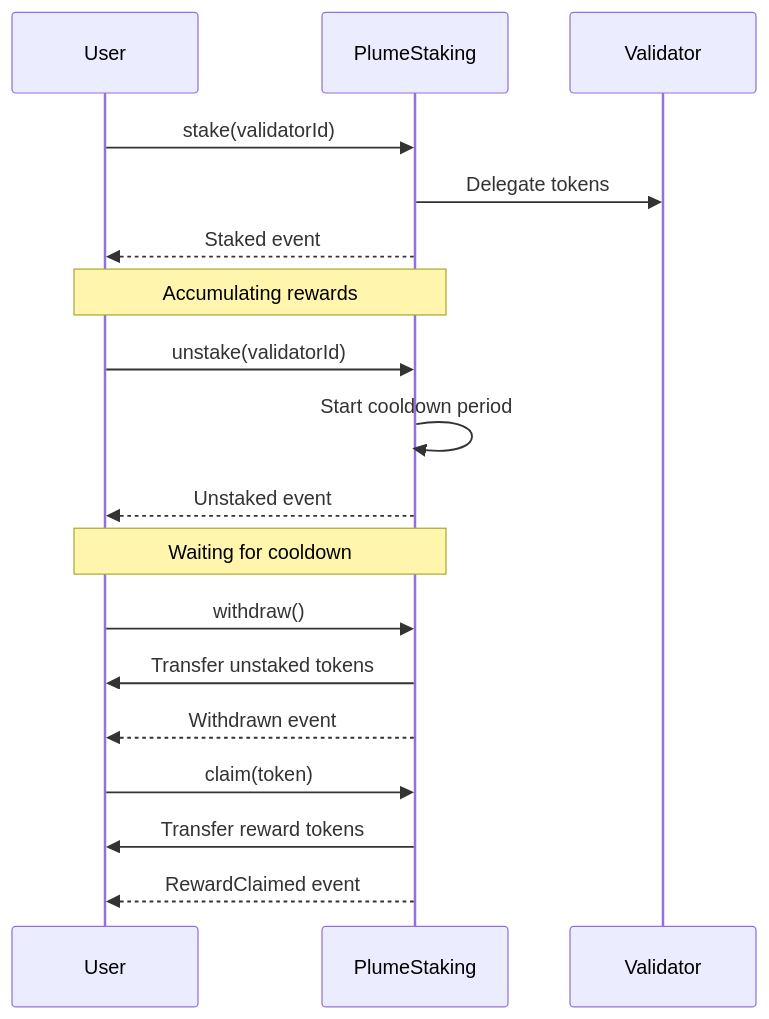
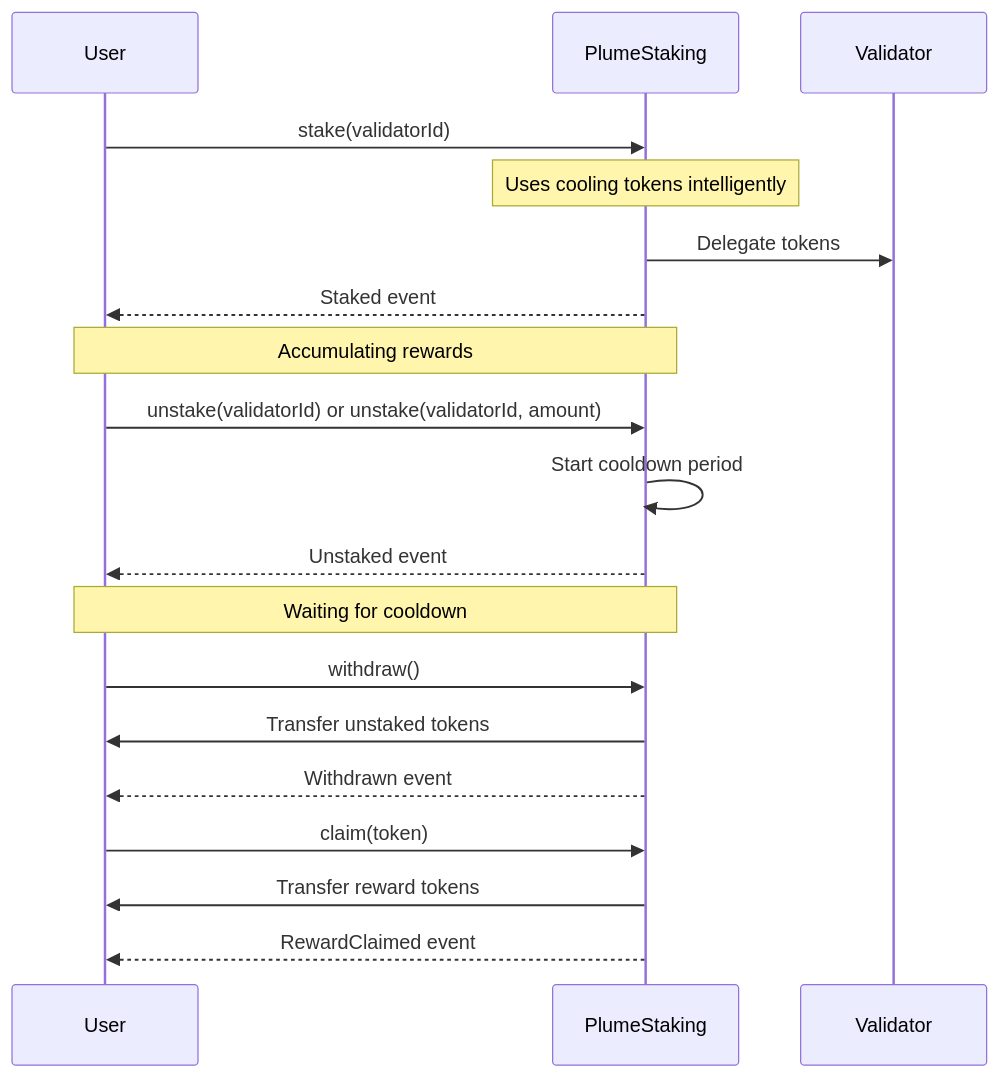
One commit to plumenetwork/contracts changed the second of 2 diagrams in p/README.md. Above: the diagram before and after it, drawn with Mermaid. The commit also changed other lines of this file and 4 other files, not shown here.

````diff
--- a/p/README.md
+++ b/p/README.md
@@ -133,27 +151,27 @@
 ```mermaid
-%%{init: {'disableMermaidControls': true}}%%
 sequenceDiagram
     participant User
     participant PlumeStaking
     participant Validator
     
     User->>PlumeStaking: stake(validatorId)
+    Note over PlumeStaking: Uses cooling tokens intelligently
     PlumeStaking->>Validator: Delegate tokens
     PlumeStaking-->>User: Staked event
     
     Note over User,PlumeStaking: Accumulating rewards
     
-    User->>PlumeStaking: unstake(validatorId)
+    User->>PlumeStaking: unstake(validatorId) or unstake(validatorId, amount)
     PlumeStaking->>PlumeStaking: Start cooldown period
     PlumeStaking-->>User: Unstaked event
     
     Note over User,PlumeStaking: Waiting for cooldown
     
     User->>PlumeStaking: withdraw()
     PlumeStaking->>User: Transfer unstaked tokens
     PlumeStaking-->>User: Withdrawn event
     
     User->>PlumeStaking: claim(token)
     PlumeStaking->>User: Transfer reward tokens
     PlumeStaking-->>User: RewardClaimed event
 ```
````
